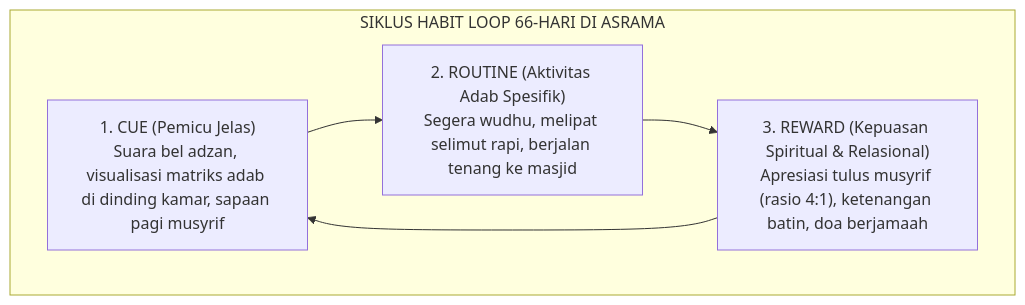
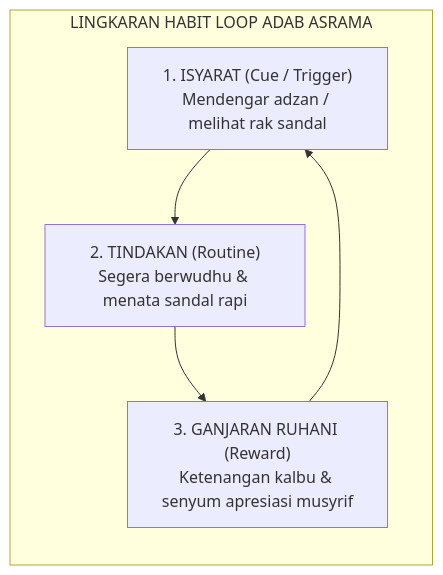
Before and after one commit to wandiapriliyandi/tumbuh: the second of 3 diagrams in BOOK-SERIES/Volume-01/Bab-03-Epistemologi-Integratif-Turats-dan-Neurosains/03-Siklus-Habit-Loop-66-Hari.md, drawn with Mermaid. The commit also changed other lines of this file and 5 other files, not shown here.

````diff
--- a/BOOK-SERIES/Volume-01/Bab-03-Epistemologi-Integratif-Turats-dan-Neurosains/03-Siklus-Habit-Loop-66-Hari.md
+++ b/BOOK-SERIES/Volume-01/Bab-03-Epistemologi-Integratif-Turats-dan-Neurosains/03-Siklus-Habit-Loop-66-Hari.md
@@ -13,10 +44,8 @@
 ```mermaid
-graph TD
-    subgraph Loop["SIKLUS HABIT LOOP 66-HARI DI ASRAMA"]
-        Cue["1. CUE (Pemicu Jelas)<br/>Suara bel adzan, visualisasi matriks adab di dinding kamar, sapaan pagi musyrif"]
-        Routine["2. ROUTINE (Aktivitas Adab Spesifik)<br/>Segera wudhu, melipat selimut rapi, berjalan tenang ke masjid"]
-        Reward["3. REWARD (Kepuasan Spiritual & Relasional)<br/>Apresiasi tulus musyrif (rasio 4:1), ketenangan batin, doa berjamaah"]
-        
-        Cue --> Routine --> Reward --> Cue
+graph LR
+    subgraph HabitLoop["LINGKARAN HABIT LOOP ADAB ASRAMA"]
+        Cue["1. ISYARAT (Cue / Trigger)<br/>Mendengar adzan / melihat rak sandal"] --> Routine["2. TINDAKAN (Routine)<br/>Segera berwudhu & menata sandal rapi"]
+        Routine --> Reward["3. GANJARAN RUHANI (Reward)<br/>Ketenangan kalbu & senyum apresiasi musyrif"]
+        Reward --> Cue
     end
 ```
````
